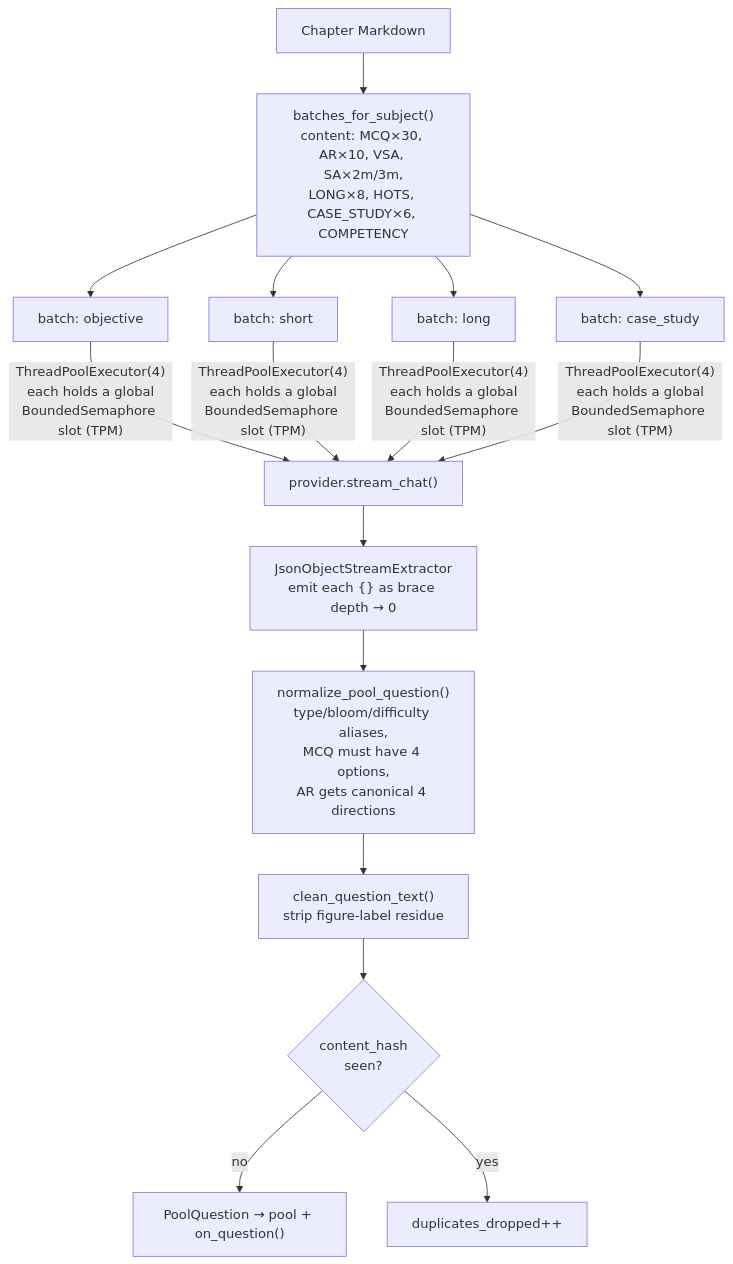
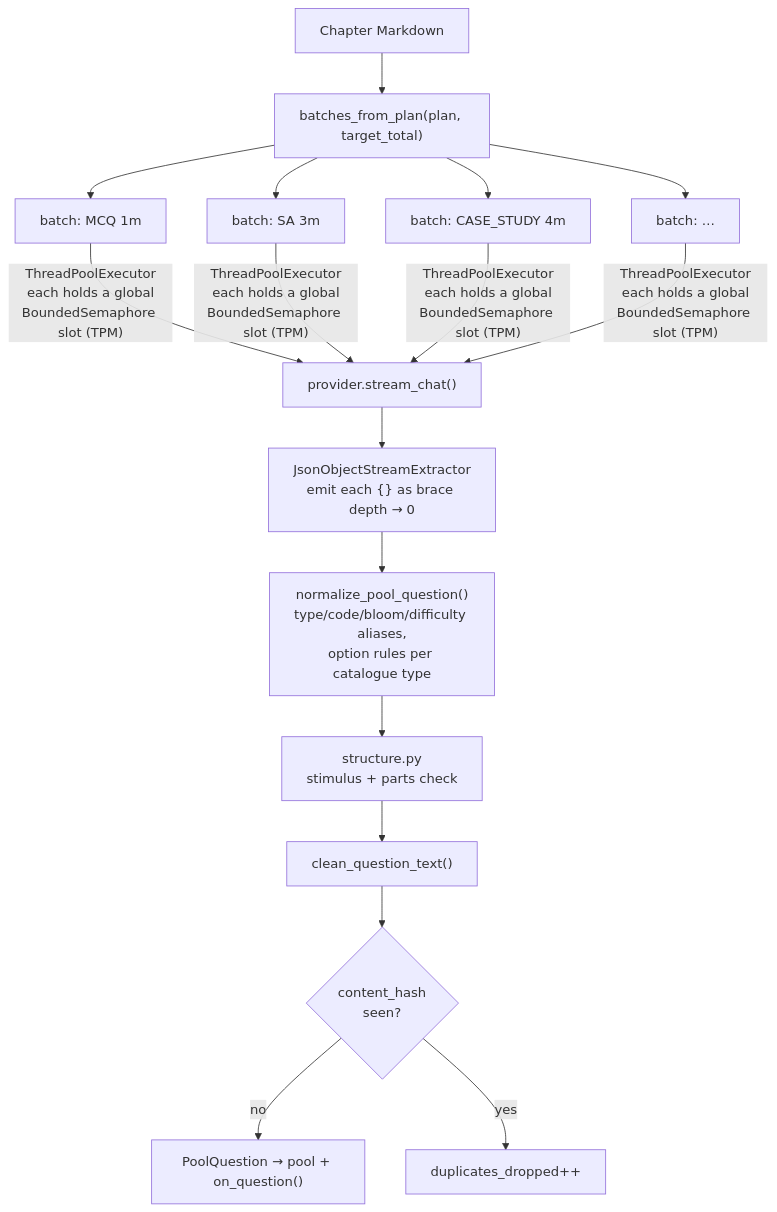
One commit to Paardhu22/qp-gen changed diagram 11 of 16 in README.md. Above: the diagram before and after it, drawn with Mermaid. The commit also changed other lines of this file, not shown here.

````diff
--- a/README.md
+++ b/README.md
@@ -733,15 +1007,16 @@
 ```mermaid
 flowchart TB
-    C["Chapter Markdown"] --> R["batches_for_subject()<br/>content: MCQ×30, AR×10, VSA, SA×2m/3m,<br/>LONG×8, HOTS, CASE_STUDY×6, COMPETENCY"]
-    R --> B1["batch: objective"]
-    R --> B2["batch: short"]
-    R --> B3["batch: long"]
-    R --> B4["batch: case_study"]
-    B1 & B2 & B3 & B4 -->|"ThreadPoolExecutor(4)<br/>each holds a global<br/>BoundedSemaphore slot (TPM)"| STREAM["provider.stream_chat()"]
+    C["Chapter Markdown"] --> R["batches_from_plan(plan, target_total)"]
+    R --> B1["batch: MCQ 1m"]
+    R --> B2["batch: SA 3m"]
+    R --> B3["batch: CASE_STUDY 4m"]
+    R --> BN["batch: …"]
+    B1 & B2 & B3 & BN -->|"ThreadPoolExecutor<br/>each holds a global<br/>BoundedSemaphore slot (TPM)"| STREAM["provider.stream_chat()"]
     STREAM --> EXT["JsonObjectStreamExtractor<br/>emit each {} as brace depth → 0"]
-    EXT --> NORM["normalize_pool_question()<br/>type/bloom/difficulty aliases,<br/>MCQ must have 4 options,<br/>AR gets canonical 4 directions"]
-    NORM --> CLEAN["clean_question_text()<br/>strip figure-label residue"]
+    EXT --> NORM["normalize_pool_question()<br/>type/code/bloom/difficulty aliases,<br/>option rules per catalogue type"]
+    NORM --> STRUCT["structure.py<br/>stimulus + parts check"]
+    STRUCT --> CLEAN["clean_question_text()"]
     CLEAN --> HASH{"content_hash<br/>seen?"}
     HASH -->|no| KEEP["PoolQuestion → pool + on_question()"]
     HASH -->|yes| DROP["duplicates_dropped++"]
 ```
````
